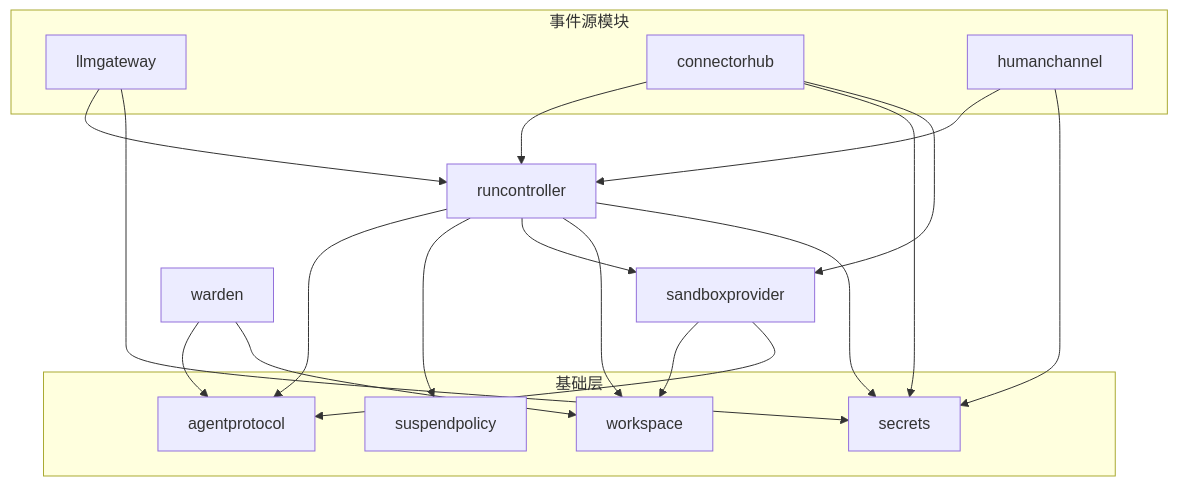
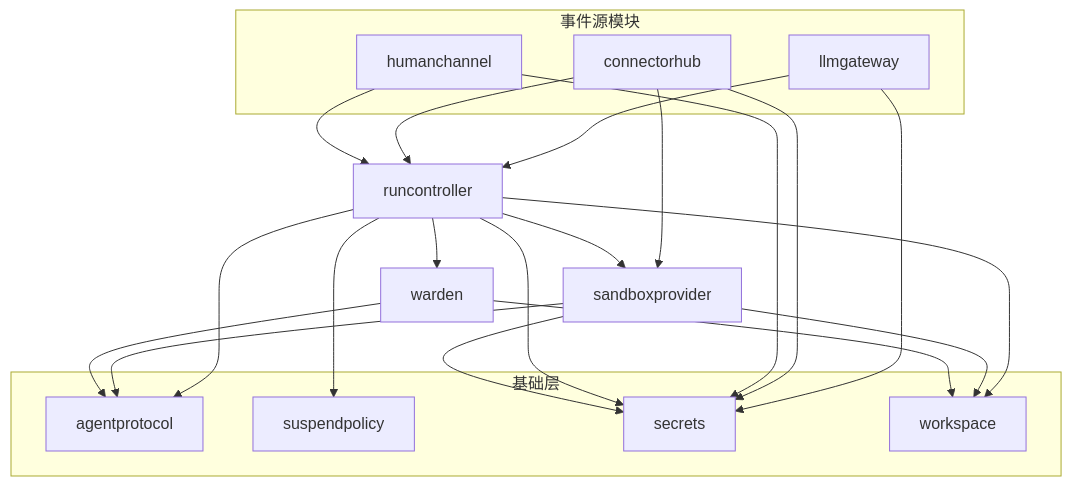
Before and after one commit to wangzw/castworks: the second of 8 diagrams in docs/design/architecture.md, drawn with Mermaid. The commit also changed other lines of this file and 37 other files, not shown here.

````diff
--- a/docs/design/architecture.md
+++ b/docs/design/architecture.md
@@ -102,33 +102,35 @@
 ```mermaid
 graph TD
     subgraph sources["事件源模块"]
         llmgateway
         connectorhub
         humanchannel
     end
     runcontroller
     sandboxprovider
     warden
     subgraph base["基础层"]
         agentprotocol
         suspendpolicy
         secrets
         workspace
     end
     llmgateway --> runcontroller
     llmgateway --> secrets
     connectorhub --> runcontroller
     connectorhub --> secrets
     connectorhub --> sandboxprovider
     humanchannel --> runcontroller
     humanchannel --> secrets
     runcontroller --> agentprotocol
     runcontroller --> suspendpolicy
     runcontroller --> sandboxprovider
     runcontroller --> workspace
     runcontroller --> secrets
+    runcontroller --> warden
     sandboxprovider --> workspace
     sandboxprovider --> agentprotocol
+    sandboxprovider --> secrets
     warden --> agentprotocol
     warden --> workspace
 ```
````
